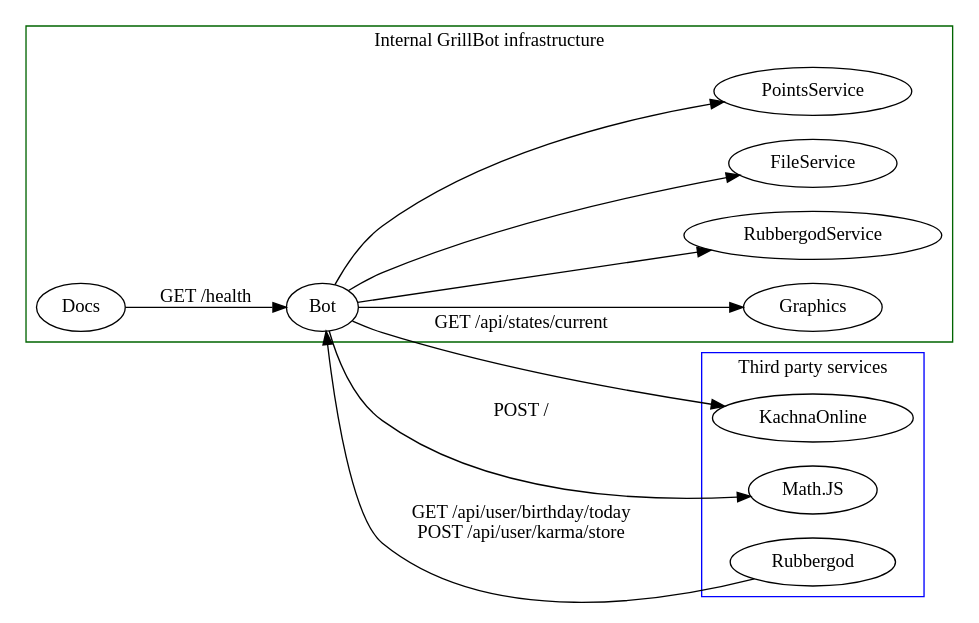
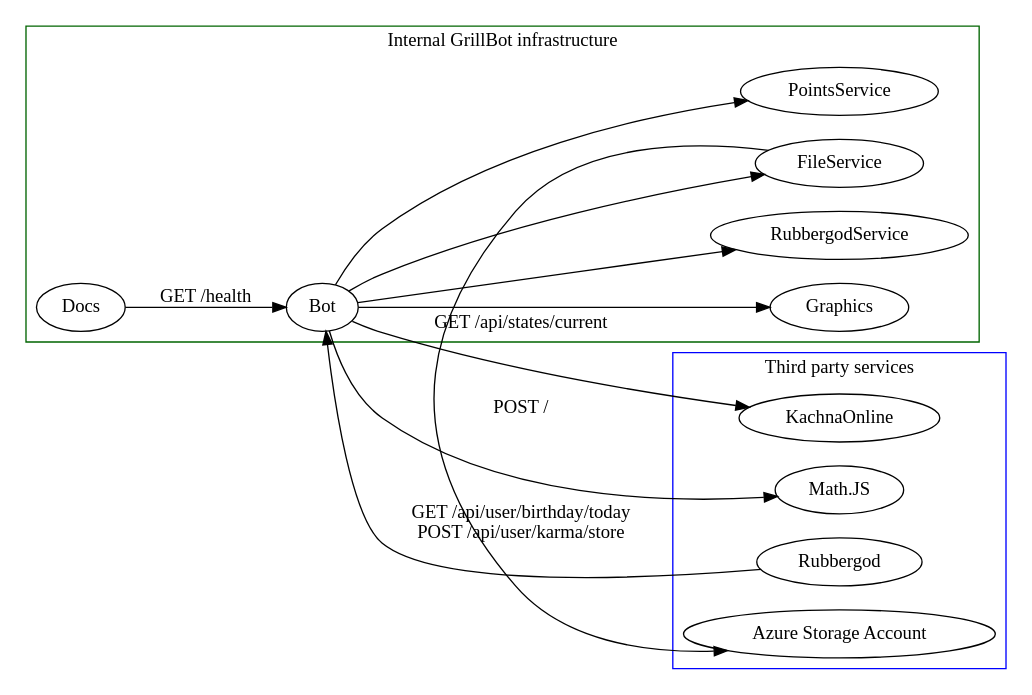
Before and after one commit to GrillBot/grillbot-docs: the diagram in data/communication.dot, drawn with Graphviz.

Commit message:
Added azure storage account to communication graph

```diff
--- a/data/communication.dot
+++ b/data/communication.dot
@@ -1,35 +1,37 @@
 digraph GrillBotInfrastructure {
     rankdir=LR
     
     subgraph cluster_0 {
         color=Darkgreen
         
         Bot
         Graphics
         Docs
         RubbergodService
         FileService
         PointsService
         
         label = "Internal GrillBot infrastructure";
     }
 
     subgraph cluster_1 {
         color=blue
         
         KachnaOnline
         MathJs[label="Math.JS"]
         Rubbergod
+        AzureStorageAccount[label="Azure Storage Account"]
         
         label = "Third party services";
     }
   
     Docs -> Bot [label="GET /health"]
     Bot -> MathJs [label="POST /"]
     Bot -> KachnaOnline [label="GET /api/states/current"]
     Bot -> Graphics
     Bot -> RubbergodService
     Bot -> PointsService
     Rubbergod -> Bot [label="GET /api/user/birthday/today\nPOST /api/user/karma/store"]
     Bot -> FileService
+    FileService -> AzureStorageAccount
 }
```
